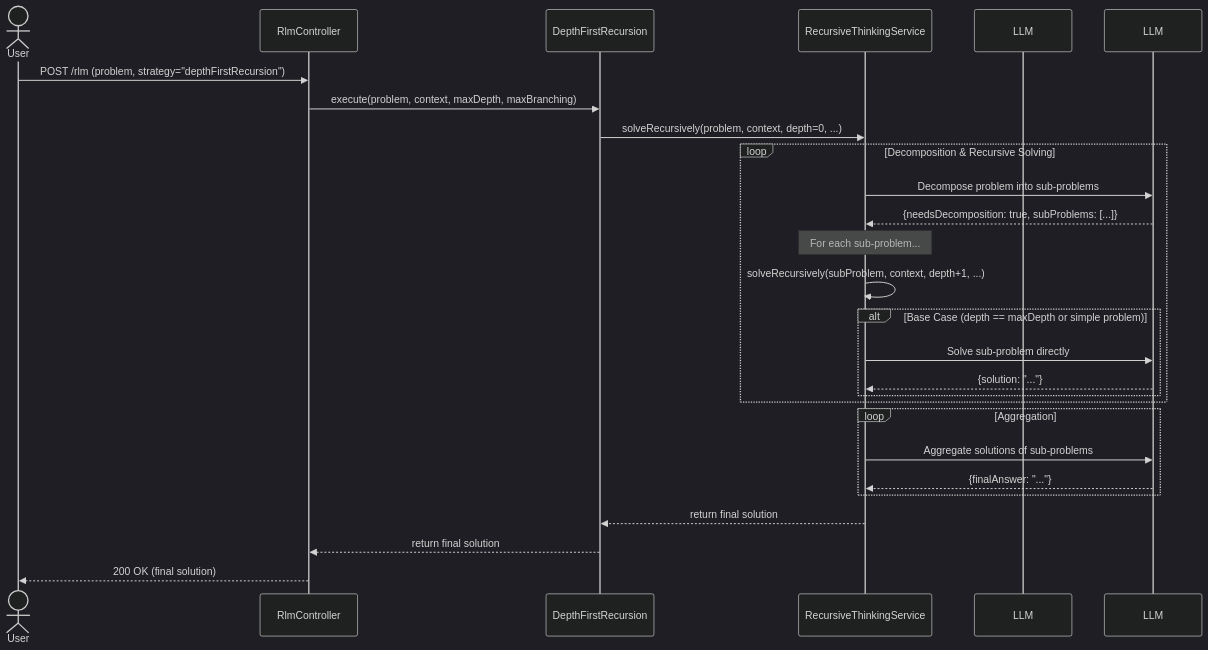
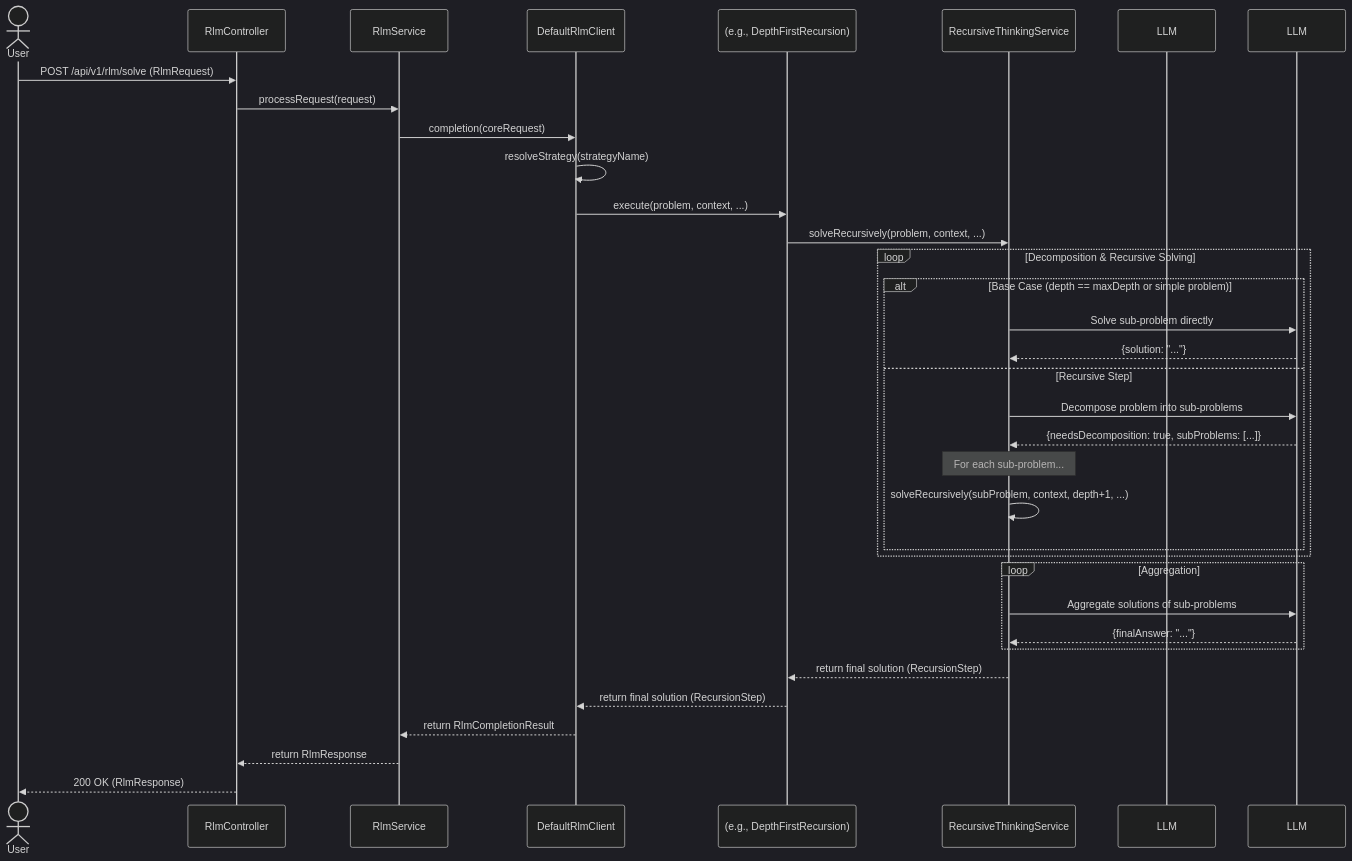
The diagram in documentation.md (kkaduk/spring-ai-rlm), drawn with Mermaid (dark theme) before and after one commit. The commit also changed other lines of this file and 14 other files, not shown here.

````diff
--- a/documentation.md
+++ b/documentation.md
@@ -15,34 +20,43 @@
 ```mermaid
 sequenceDiagram
     actor User
     participant RlmController
-    participant DepthFirstRecursion
+    participant RlmService
+    participant RlmClient as DefaultRlmClient
+    participant RecursionStrategy as (e.g., DepthFirstRecursion)
     participant RecursiveThinkingService
     participant LargeLanguageModel as LLM
 
-    User->>RlmController: POST /rlm (problem, strategy="depthFirstRecursion")
-    RlmController->>DepthFirstRecursion: execute(problem, context, maxDepth, maxBranching)
-    DepthFirstRecursion->>RecursiveThinkingService: solveRecursively(problem, context, depth=0, ...)
+    User->>RlmController: POST /api/v1/rlm/solve (RlmRequest)
+    RlmController->>RlmService: processRequest(request)
+    RlmService->>RlmClient: completion(coreRequest)
+    
+    RlmClient->>RlmClient: resolveStrategy(strategyName)
+    RlmClient->>RecursionStrategy: execute(problem, context, ...)
+    
+    RecursionStrategy->>RecursiveThinkingService: solveRecursively(problem, context, ...)
     
     loop Decomposition & Recursive Solving
-        RecursiveThinkingService->>LLM: Decompose problem into sub-problems
-        LLM-->>RecursiveThinkingService: {needsDecomposition: true, subProblems: [...]}
-        
-        Note over RecursiveThinkingService: For each sub-problem...
-        RecursiveThinkingService->>RecursiveThinkingService: solveRecursively(subProblem, context, depth+1, ...)
-        
         alt Base Case (depth == maxDepth or simple problem)
             RecursiveThinkingService->>LLM: Solve sub-problem directly
             LLM-->>RecursiveThinkingService: {solution: "..."}
+        else Recursive Step
+            RecursiveThinkingService->>LLM: Decompose problem into sub-problems
+            LLM-->>RecursiveThinkingService: {needsDecomposition: true, subProblems: [...]}
+            
+            Note over RecursiveThinkingService: For each sub-problem...
+            RecursiveThinkingService->>RecursiveThinkingService: solveRecursively(subProblem, context, depth+1, ...)
         end
     end
     
     loop Aggregation
         RecursiveThinkingService->>LLM: Aggregate solutions of sub-problems
         LLM-->>RecursiveThinkingService: {finalAnswer: "..."}
     end
 
-    RecursiveThinkingService-->>DepthFirstRecursion: return final solution
-    DepthFirstRecursion-->>RlmController: return final solution
-    RlmController-->>User: 200 OK (final solution)
+    RecursiveThinkingService-->>RecursionStrategy: return final solution (RecursionStep)
+    RecursionStrategy-->>RlmClient: return final solution (RecursionStep)
+    RlmClient-->>RlmService: return RlmCompletionResult
+    RlmService-->>RlmController: return RlmResponse
+    RlmController-->>User: 200 OK (RlmResponse)
 ```
````
